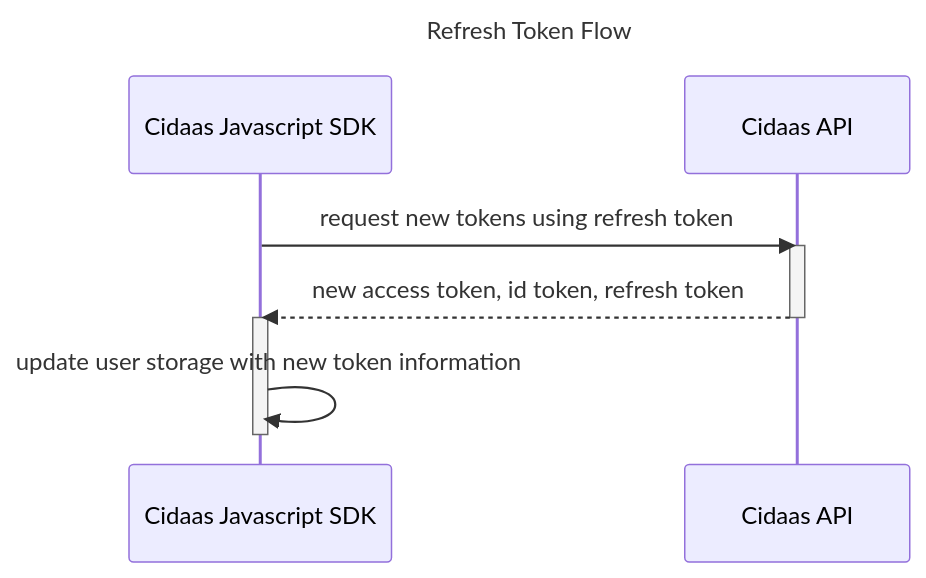
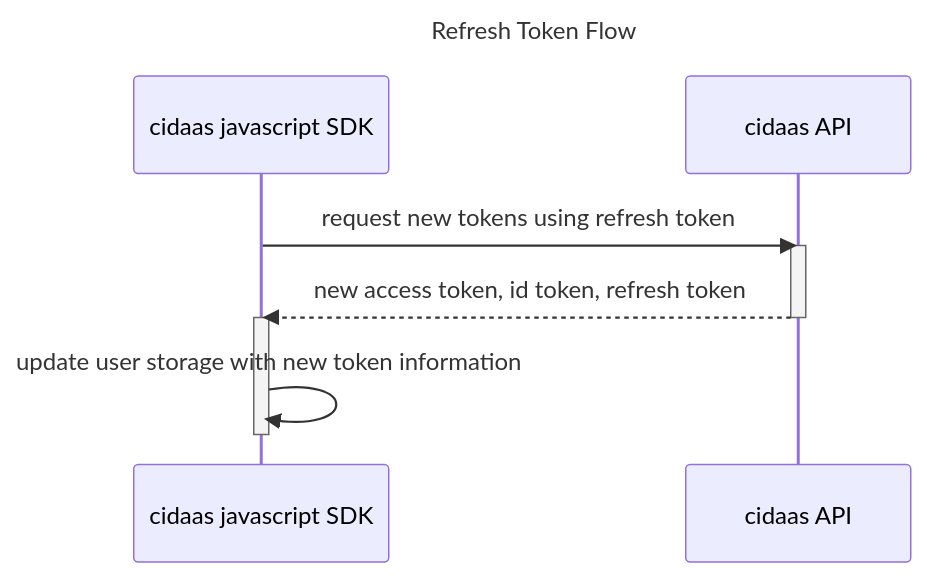
One commit to cidaas/cidaas-javascript-sdk changed the second of 2 diagrams in overview/access-token-management.md. Above: the diagram before and after it, drawn with Mermaid. The commit also changed other lines of this file and 7 other files, not shown here.

````diff
--- a/overview/access-token-management.md
+++ b/overview/access-token-management.md
@@ -43,16 +43,16 @@
 ```mermaid
 ---
 title: Refresh Token Flow
 ---
 sequenceDiagram
-  participant CidaasSDK as Cidaas Javascript SDK
-  participant CidaasAPI as Cidaas API
+  participant CidaasSDK as cidaas javascript SDK
+  participant CidaasAPI as cidaas API
 
 CidaasSDK ->> CidaasAPI: request new tokens using refresh token
 activate CidaasAPI
 CidaasAPI -->> CidaasSDK: new access token, id token, refresh token
 deactivate CidaasAPI
 activate CidaasSDK
 CidaasSDK ->> CidaasSDK: update user storage with new token information
 deactivate CidaasSDK
 ```
````
